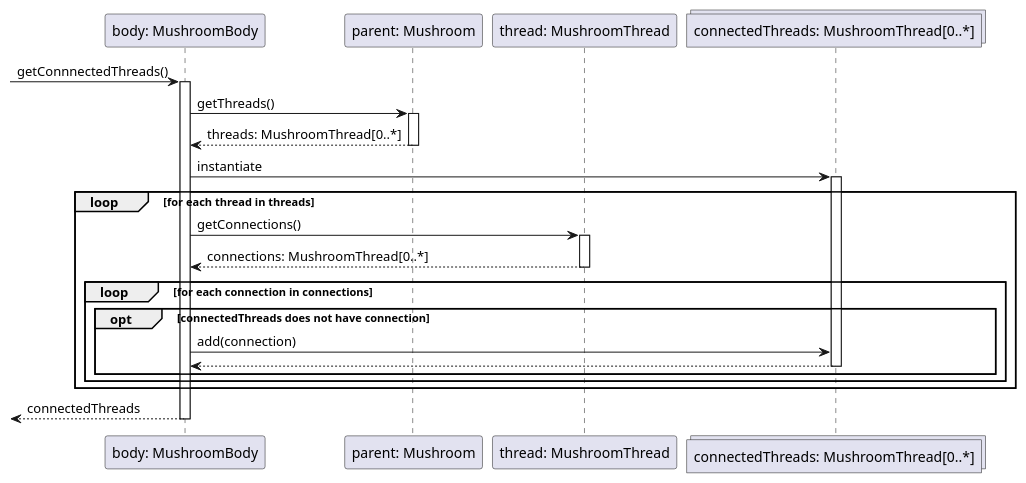
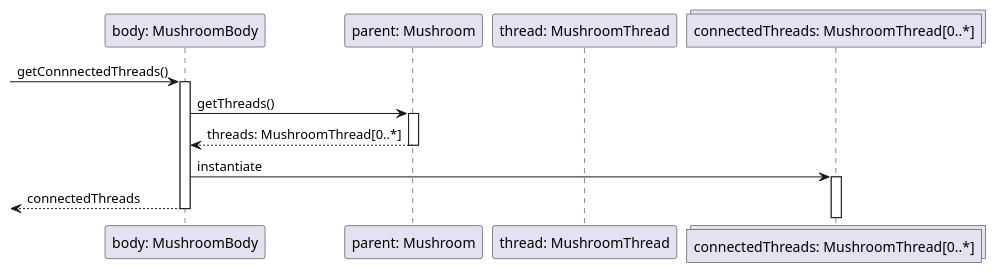
One commit to dzsem/projlab changed the diagram in diagrams/sequence/mushroom/getConnectedThreads.wsd. Above: the diagram before and after it, drawn with PlantUML. The commit also changed 3 other files, not shown here.

Commit message:
Added new diagrams and fixed old ones

```diff
--- a/diagrams/sequence/mushroom/getConnectedThreads.wsd
+++ b/diagrams/sequence/mushroom/getConnectedThreads.wsd
@@ -1,38 +1,22 @@
 @startuml GetConectedThreads
 participant "body: MushroomBody" as body
 participant "parent: Mushroom" as parent
 participant "thread: MushroomThread" as thread
 collections "connectedThreads: MushroomThread[0..*]" as connectedThreads
 
 -> body : getConnnectedThreads()
 activate body
 
 body -> parent : getThreads()
 activate parent
 parent --> body : threads: MushroomThread[0..*]
 deactivate parent
 
 body -> connectedThreads : instantiate
 activate connectedThreads
 
-    loop for each thread in threads
-        body -> thread: getConnections()
-
-        activate thread
-        thread --> body : connections: MushroomThread[0..*]
-        deactivate thread
-
-        loop for each connection in connections
-            opt connectedThreads does not have connection
-                body -> connectedThreads : add(connection)
-                connectedThreads --> body
-                deactivate connectedThreads
-            end
-
-        end
-    end
 
 <-- body : connectedThreads
 deactivate body
 
 @enduml
```
